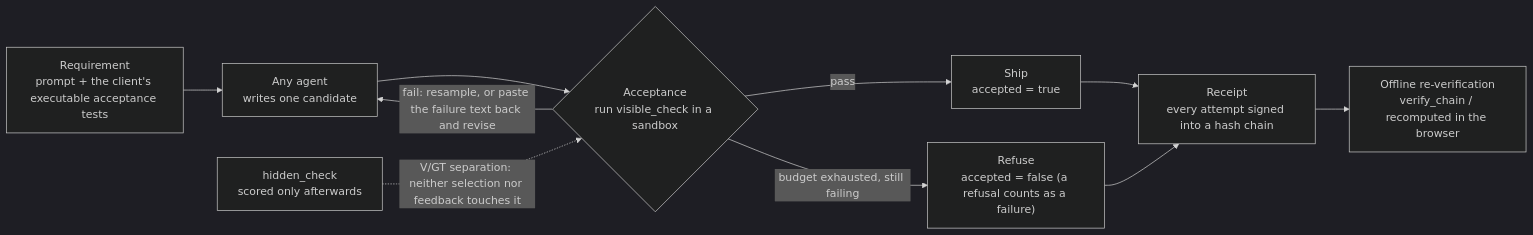
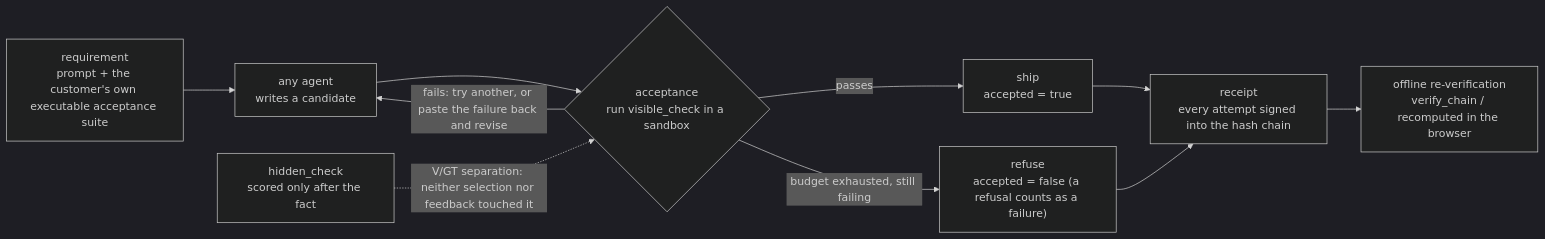
The diagram in README.en.md (cosmopig/Vacant), drawn with Mermaid (dark theme) before and after one commit. The commit also changed other lines of this file and 9 other files, not shown here.

````diff
--- a/README.en.md
+++ b/README.en.md
@@ -55,12 +120,12 @@
 ```mermaid
 flowchart LR
-  A["Requirement<br/>prompt + the client's executable acceptance tests"] --> B["Any agent<br/>writes one candidate"]
-  B --> C{"Acceptance<br/>run visible_check in a sandbox"}
-  C -- "pass" --> D["Ship<br/>accepted = true"]
-  C -- "fail: resample, or paste the failure text back and revise" --> B
-  C -- "budget exhausted, still failing" --> E["Refuse<br/>accepted = false (a refusal counts as a failure)"]
-  D --> F["Receipt<br/>every attempt signed into a hash chain"]
+  A["requirement<br/>prompt + the customer's own executable acceptance suite"] --> B["any agent<br/>writes a candidate"]
+  B --> C{"acceptance<br/>run visible_check in a sandbox"}
+  C -- "passes" --> D["ship<br/>accepted = true"]
+  C -- "fails: try another, or paste the failure back and revise" --> B
+  C -- "budget exhausted, still failing" --> E["refuse<br/>accepted = false (a refusal counts as a failure)"]
+  D --> F["receipt<br/>every attempt signed into the hash chain"]
   E --> F
-  F --> G["Offline re-verification<br/>verify_chain / recomputed in the browser"]
-  H["hidden_check<br/>scored only afterwards"] -. "V/GT separation: neither selection nor feedback touches it" .-> C
+  F --> G["offline re-verification<br/>verify_chain / recomputed in the browser"]
+  H["hidden_check<br/>scored only after the fact"] -. "V/GT separation: neither selection nor feedback touched it" .-> C
 ```
````
